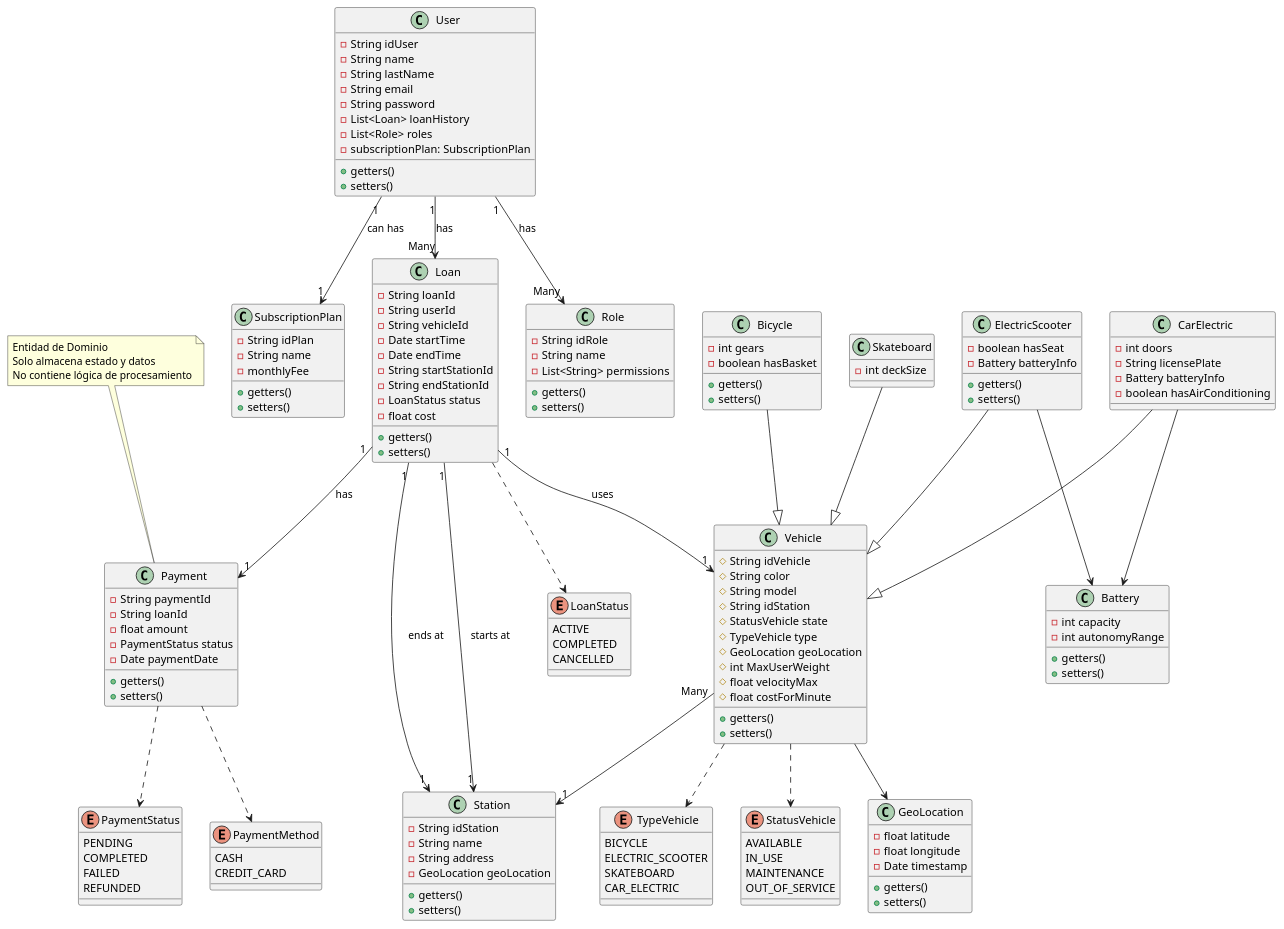
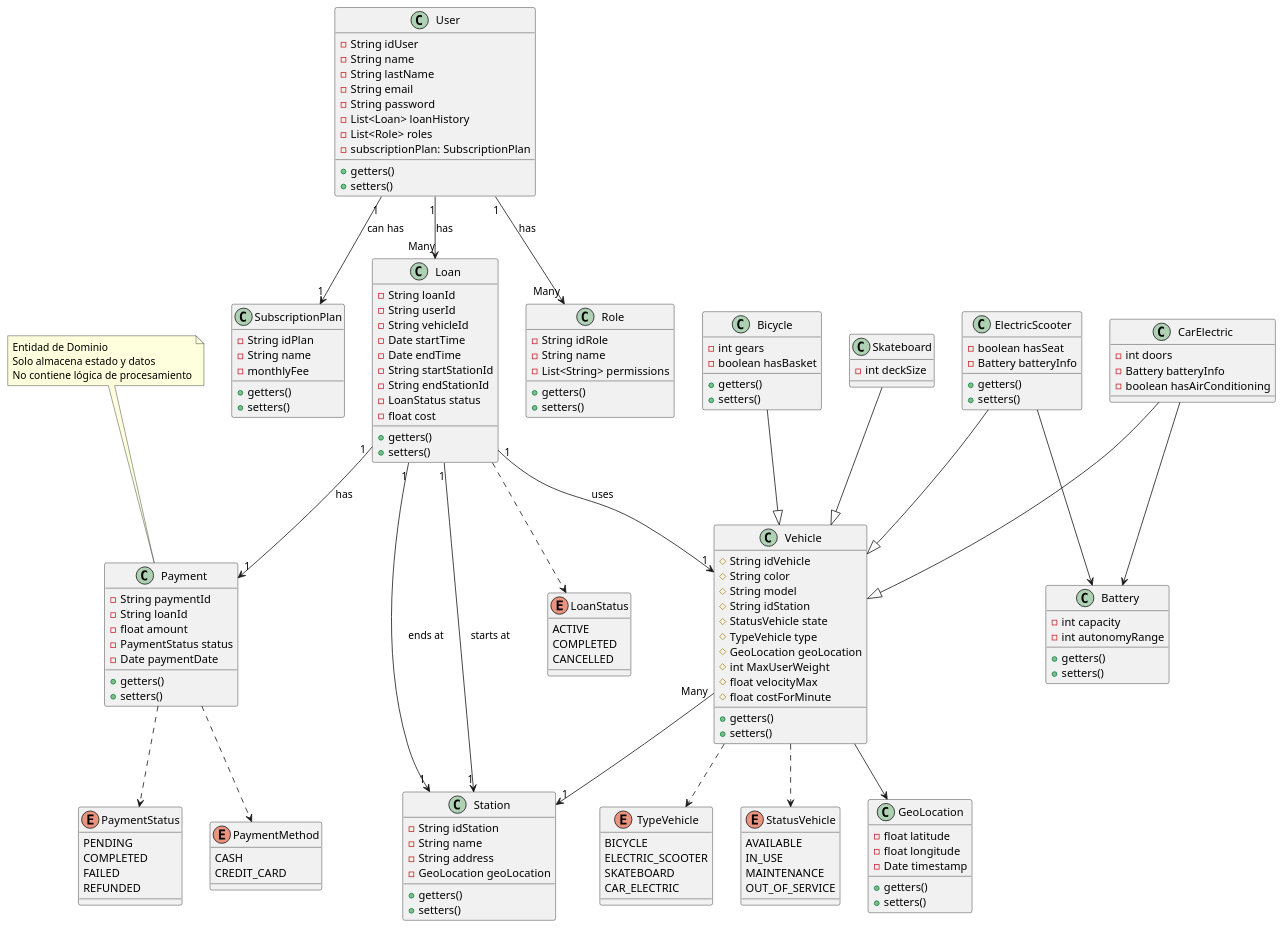
The diagram in Backend/src/presentation/views/uml.wsd (david123456858/Practice-patterns), drawn with PlantUML before and after one commit. The commit also changed 11 other files, not shown here.

```diff
--- a/Backend/src/presentation/views/uml.wsd
+++ b/Backend/src/presentation/views/uml.wsd
@@ -87,7 +87,6 @@
 
 class CarElectric {
     - int doors
-    - String licensePlate
     - Battery batteryInfo
     - boolean hasAirConditioning
 }
```
